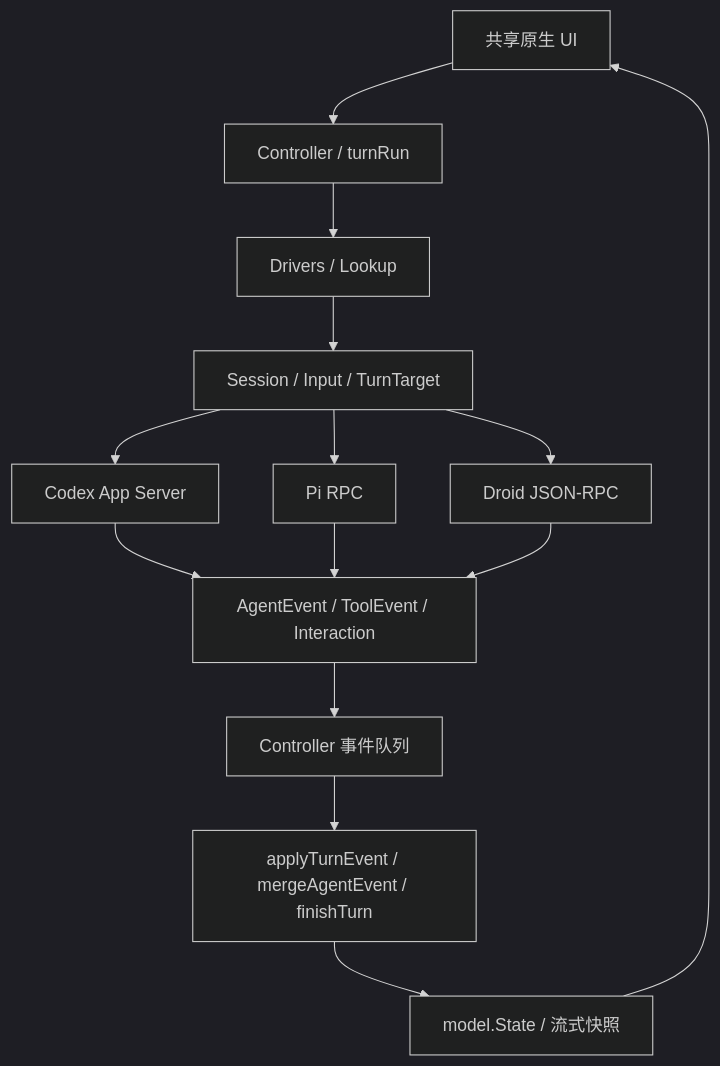
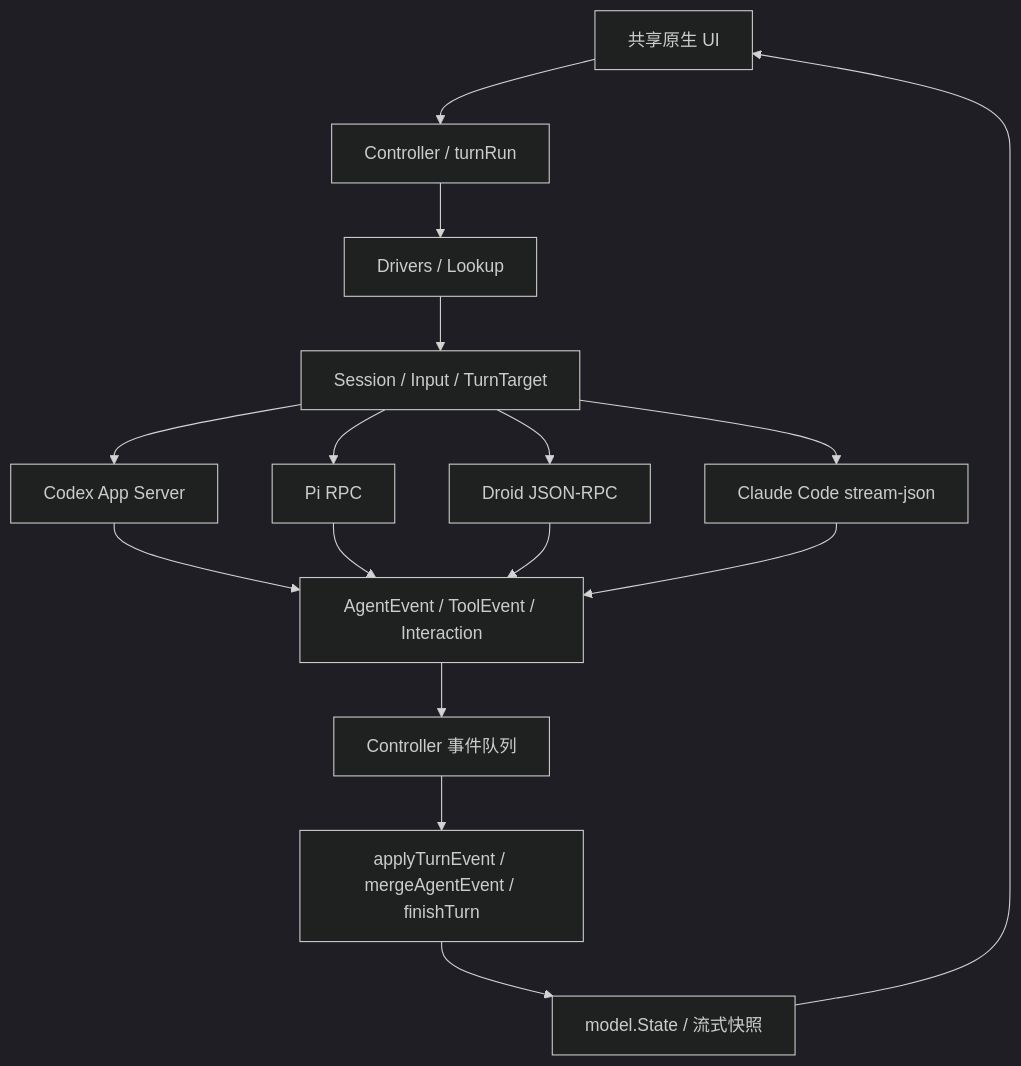
Before and after one commit to ji233-Sun/mujicagent: the diagram in docs/harness-architecture.md, drawn with Mermaid (dark theme). The commit also changed other lines of this file and 36 other files, not shown here.

First line of the commit message:
feat: 接入 Claude Code 安装管理与完整会话流程

````diff
--- a/docs/harness-architecture.md
+++ b/docs/harness-architecture.md
@@ -9,16 +9,18 @@
 ```mermaid
 flowchart TD
     View[共享原生 UI] --> Controller[Controller / turnRun]
     Controller --> Registry[Drivers / Lookup]
     Registry --> Session[Session / Input / TurnTarget]
     Session --> Codex[Codex App Server]
     Session --> Pi[Pi RPC]
     Session --> Droid[Droid JSON-RPC]
+    Session --> Claude[Claude Code stream-json]
     Codex --> Events[AgentEvent / ToolEvent / Interaction]
     Pi --> Events
     Droid --> Events
+    Claude --> Events
     Events --> Queue[Controller 事件队列]
     Queue --> Merge[applyTurnEvent / mergeAgentEvent / finishTurn]
     Merge --> Model[model.State / 流式快照]
     Model --> View
 ```
````
